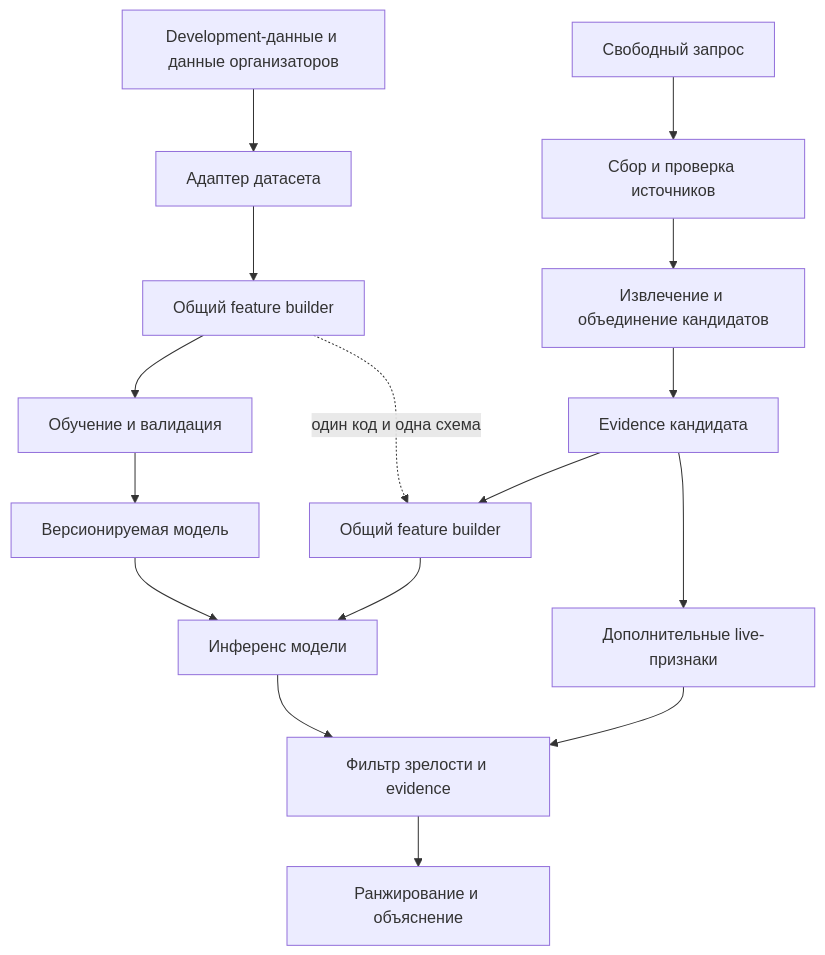
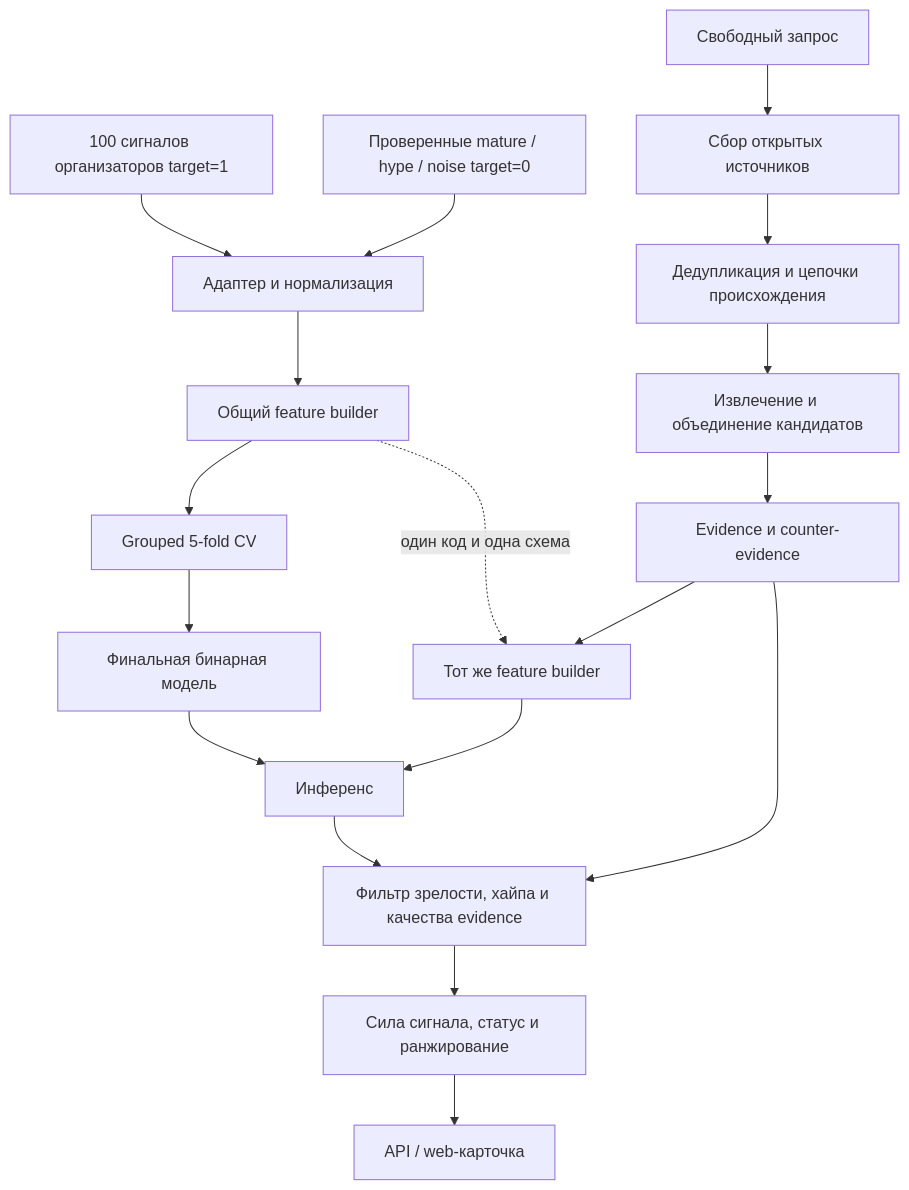
The diagram in ARCHITECTURE.md (xMewrizz/NextWave), drawn with Mermaid before and after one commit. The commit also changed other lines of this file and 15 other files, not shown here.

````diff
--- a/ARCHITECTURE.md
+++ b/ARCHITECTURE.md
@@ -14,19 +18,21 @@
 ```mermaid
 flowchart TB
-    D["Development-данные и данные организаторов"] --> A["Адаптер датасета"]
-    A --> F1["Общий feature builder"]
-    F1 --> T["Обучение и валидация"]
-    T --> M["Версионируемая модель"]
+    O["100 сигналов организаторов target=1"] --> A["Адаптер и нормализация"]
+    N["Проверенные mature / hype / noise target=0"] --> A
+    A --> F["Общий feature builder"]
+    F --> CV["Grouped 5-fold CV"]
+    CV --> M["Финальная бинарная модель"]
 
-    Q["Свободный запрос"] --> S["Сбор и проверка источников"]
-    S --> C["Извлечение и объединение кандидатов"]
-    C --> E["Evidence кандидата"]
-    E --> F2["Общий feature builder"]
-    F1 -. "один код и одна схема" .-> F2
-    F2 --> I["Инференс модели"]
+    Q["Свободный запрос"] --> S["Сбор открытых источников"]
+    S --> D["Дедупликация и цепочки происхождения"]
+    D --> C["Извлечение и объединение кандидатов"]
+    C --> E["Evidence и counter-evidence"]
+    E --> FL["Тот же feature builder"]
+    F -. "один код и одна схема" .-> FL
+    FL --> I["Инференс"]
     M --> I
-    E --> X["Дополнительные live-признаки"]
-    I --> G["Фильтр зрелости и evidence"]
-    X --> G
-    G --> R["Ранжирование и объяснение"]
+    I --> G["Фильтр зрелости, хайпа и качества evidence"]
+    E --> G
+    G --> R["Сила сигнала, статус и ранжирование"]
+    R --> U["API / web-карточка"]
 ```
````
